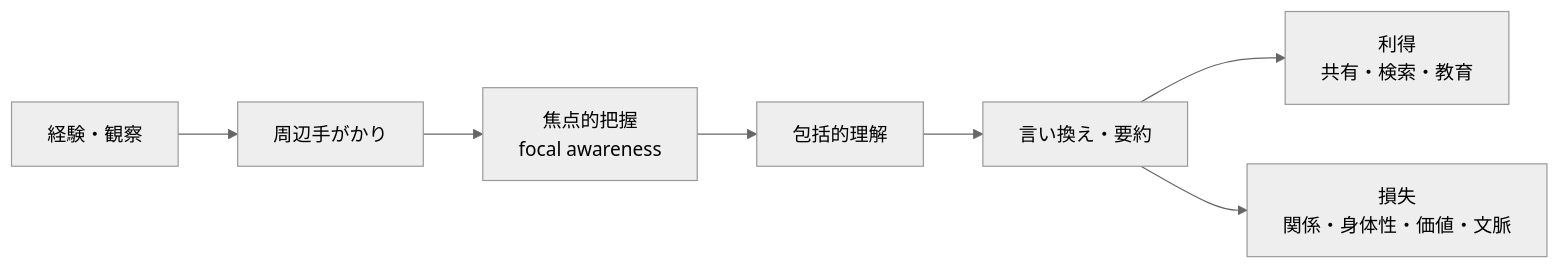
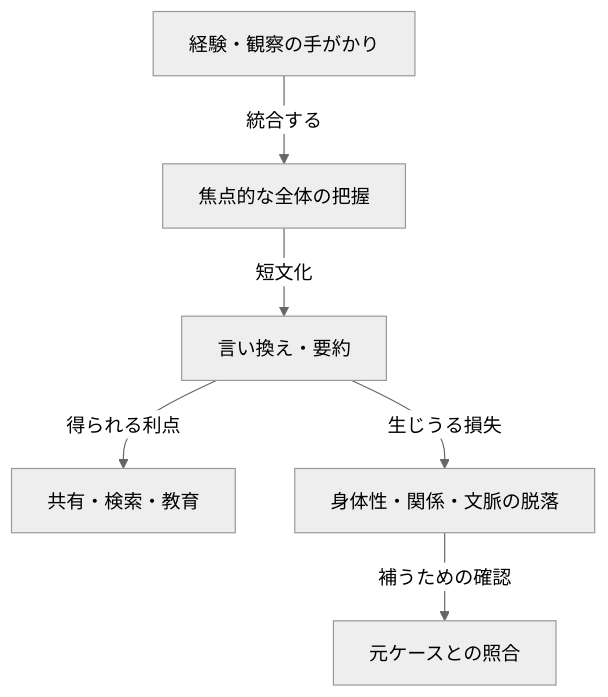
Before and after one commit to daylight55/research: the first of 3 diagrams in articles/report/comprehensive-understanding-paraphrase-risk/ja/index.mdx, drawn with Mermaid (neutral theme). The commit also changed other lines of this file and 181 other files, not shown here.

First line of the commit message:
全記事の図解368点を再生成し、共通注意書きを削除 (#402)

````diff
--- a/articles/report/comprehensive-understanding-paraphrase-risk/ja/index.mdx
+++ b/articles/report/comprehensive-understanding-paraphrase-risk/ja/index.mdx
@@ -30,9 +30,16 @@
 ```mermaid
-flowchart LR
-  A["経験・観察"] --> B["周辺手がかり"]
-  B --> C["焦点的把握<br/>focal awareness"]
-  C --> D["包括的理解"]
-  D --> E["言い換え・要約"]
-  E --> F["利得<br/>共有・検索・教育"]
-  E --> G["損失<br/>関係・身体性・価値・文脈"]
+flowchart TD
+  accTitle: 包括的理解を要約すると何が残るか
+  accDescr: 手がかりを統合した判断を短文化すると、共有しやすくなる一方で身体性や状況の関係が抜ける。
+  N0["経験・観察の手がかり"]
+  N1["焦点的な全体の把握"]
+  N2["言い換え・要約"]
+  N3["共有・検索・教育"]
+  N4["身体性・関係・文脈の脱落"]
+  N5["元ケースとの照合"]
+  N0 -->|統合する| N1
+  N1 -->|短文化| N2
+  N2 -->|得られる利点| N3
+  N2 -->|生じうる損失| N4
+  N4 -->|補うための確認| N5
 ```
````
